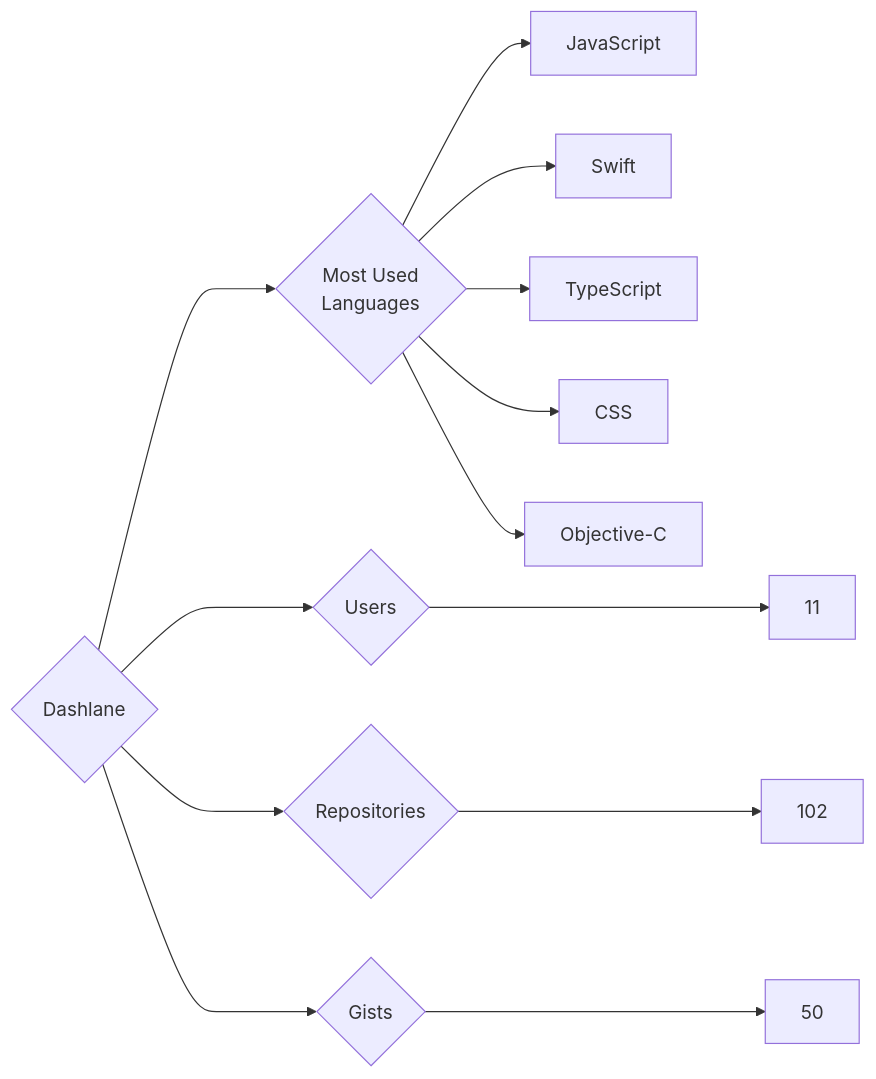
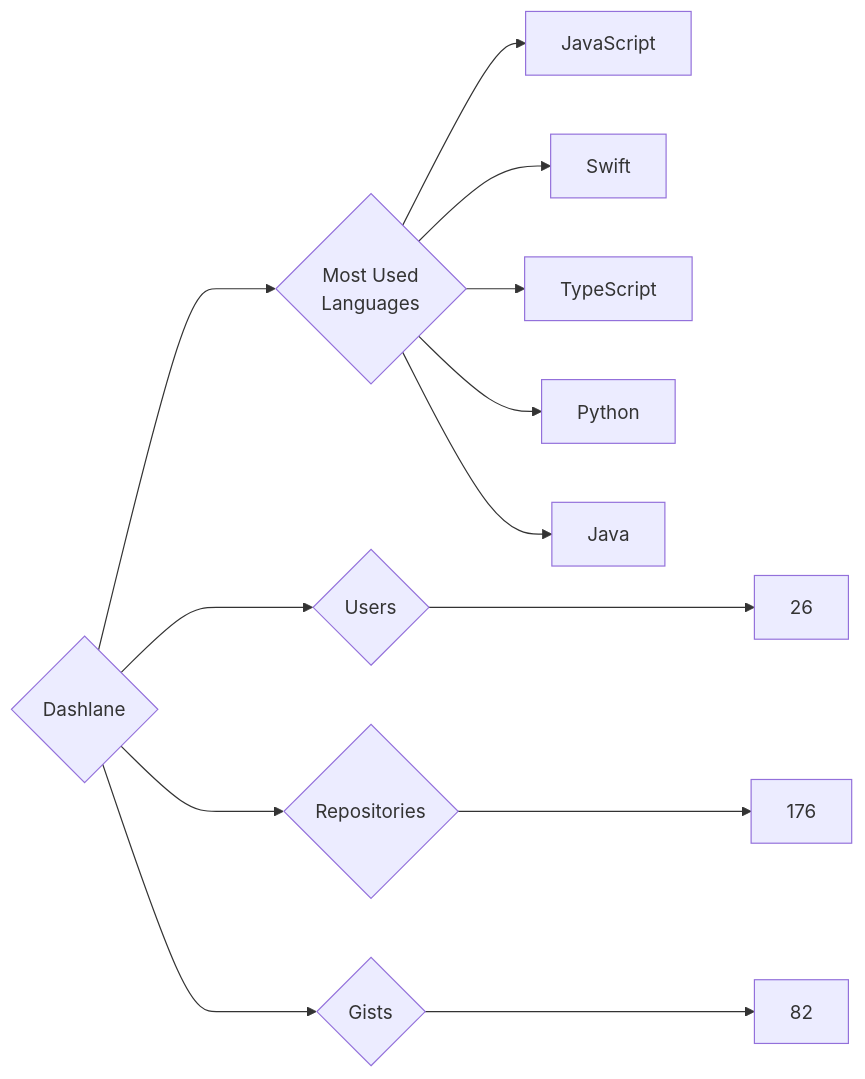
One commit to trickest/insiders changed the diagram in targets/Dashlane/README.md. Above: the diagram before and after it, drawn with Mermaid. The commit also changed 569 other files, not shown here.

````diff
--- a/targets/Dashlane/README.md
+++ b/targets/Dashlane/README.md
@@ -3,13 +3,13 @@
 ```mermaid
 graph LR
 COMPANY_NAME{Dashlane}
-COMPANY_NAME ---> U{Users} ---> UN[11]
-COMPANY_NAME ---> R{Repositories} ---> RN[102]
-COMPANY_NAME ---> G{Gists} ---> GN[50]
+COMPANY_NAME ---> U{Users} ---> UN[26]
+COMPANY_NAME ---> R{Repositories} ---> RN[176]
+COMPANY_NAME ---> G{Gists} ---> GN[82]
 COMPANY_NAME ---> ML{Most Used<br>Languages}
 ML --> JavaScript[JavaScript]
 ML --> Swift[Swift]
 ML --> TypeScript[TypeScript]
-ML --> CSS[CSS]
-ML --> Objective-C[Objective-C]
+ML --> Python[Python]
+ML --> Java[Java]
 ```
````
